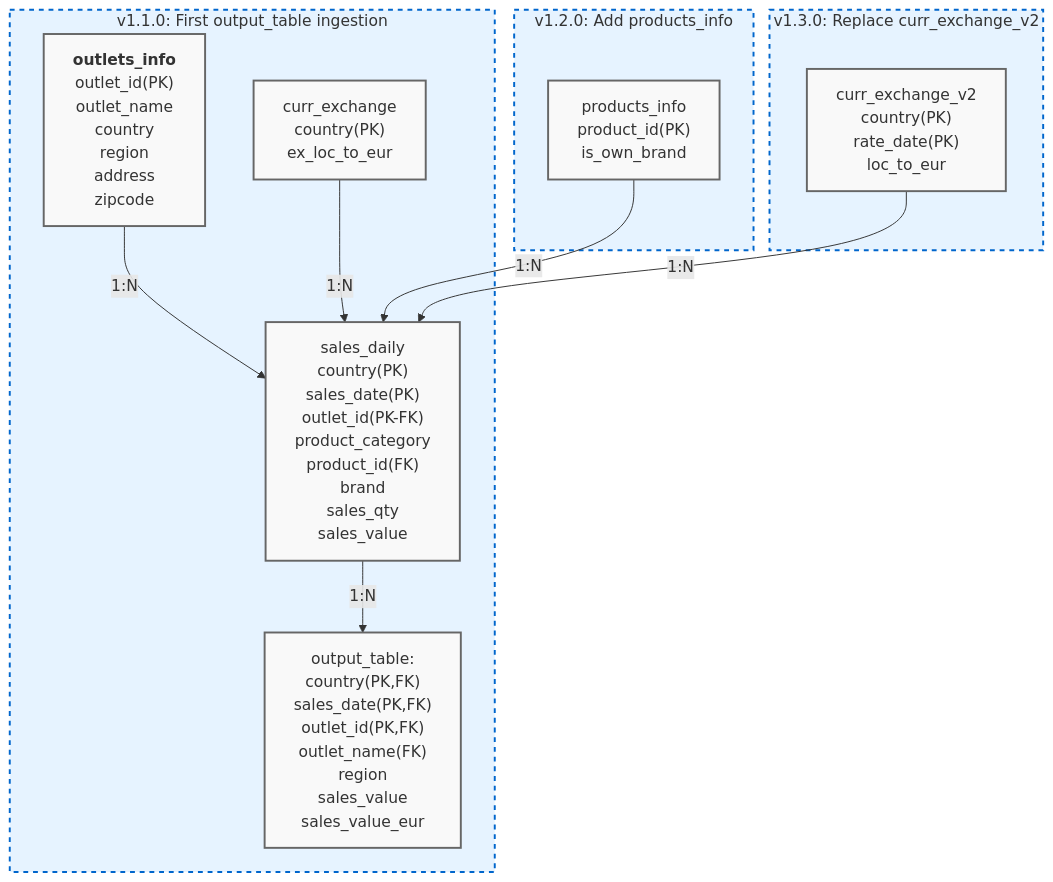
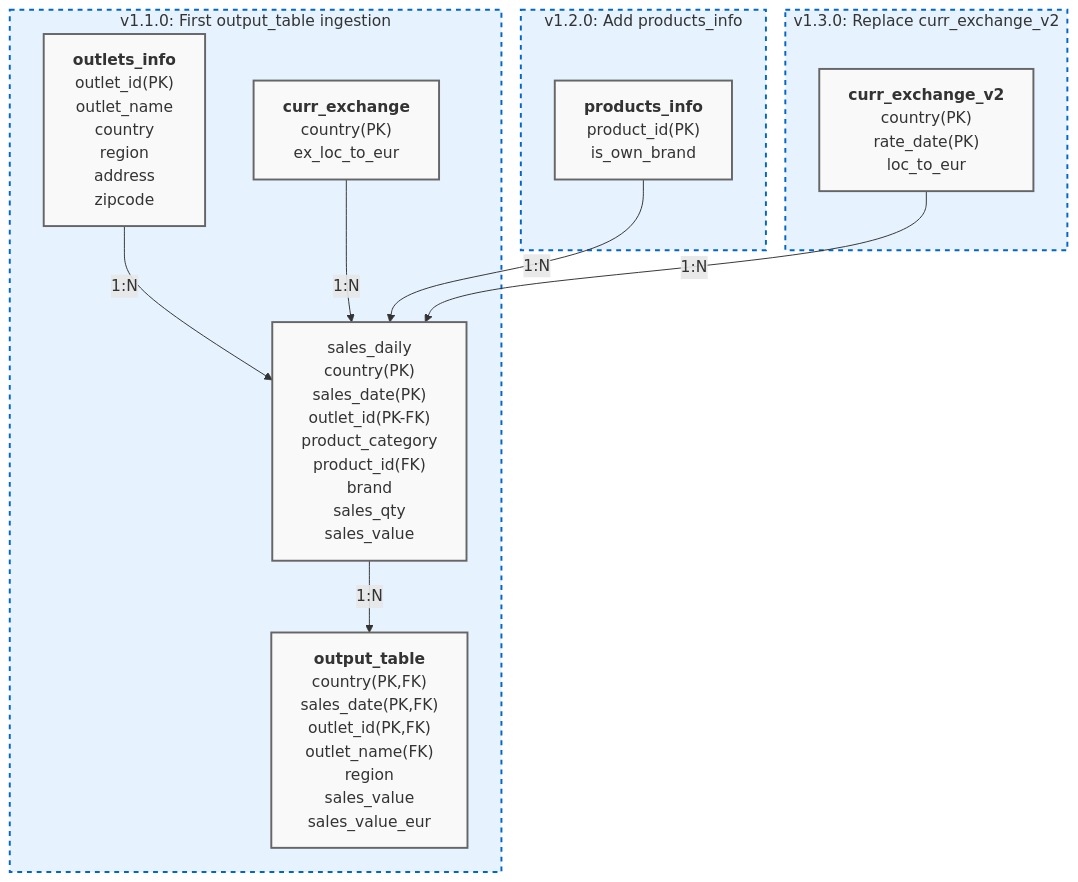
One commit to juanjoiie/Quality-Engineer-Test changed the diagram in test.md. Above: the diagram before and after it, drawn with Mermaid.

````diff
--- a/test.md
+++ b/test.md
@@ -4,61 +4,61 @@
 ```mermaid
 %% MermaidJS Diagram (renders in Markdown-compatible tools)
 flowchart TD
     %% ===== v1.1.0 =====
     subgraph v1_1_0["v1.1.0: First output_table ingestion"]
         outlets_info["<b>outlets_info</b>
                                     outlet_id(PK)
                                     outlet_name
                                     country
                                     region
                                     address
                                     zipcode"]
-        curr_exchange["curr_exchange
+        curr_exchange["<b>curr_exchange</b>
                                       country(PK)
                                       ex_loc_to_eur"]
         sales_daily["sales_daily
                                   country(PK)
                                   sales_date(PK)
                                   outlet_id(PK-FK)
                                   product_category
                                   product_id(FK)
                                   brand
                                   sales_qty
                                   sales_value"]
-        output_table["output_table:
+        output_table["<b>output_table</b>
                                     country(PK,FK)
                                     sales_date(PK,FK)
                                     outlet_id(PK,FK)
                                     outlet_name(FK)
                                     region
                                     sales_value
                                     sales_value_eur"]
 
         outlets_info -->|1:N| sales_daily
         curr_exchange -->|1:N| sales_daily
         sales_daily -->|1:N| output_table
     end
 
     %% ===== v1.2.0 =====
     subgraph v1_2_0["v1.2.0: Add products_info"]
-        products_info["products_info
+        products_info["<b>products_info</b>
                                       product_id(PK)
                                       is_own_brand"]
         products_info -->|1:N| sales_daily
     end
 
     %% ===== v1.3.0 =====
     subgraph v1_3_0["v1.3.0: Replace curr_exchange_v2"]
-        curr_exchange_v2["curr_exchange_v2
+        curr_exchange_v2["<b>curr_exchange_v2</b>
                                             country(PK)
                                             rate_date(PK)
                                             loc_to_eur"]
         curr_exchange_v2 -->|1:N| sales_daily
     end
 
     %% Styling
     classDef entity fill:#f9f9f9,stroke:#666,stroke-width:2px;
     classDef version fill:#e6f3ff,stroke:#0066cc,stroke-width:2px,stroke-dasharray:5;
     class outlets_info,curr_exchange,sales_daily,output_table,products_info,curr_exchange_v2 entity;
     class v1_1_0,v1_2_0,v1_3_0 version;
 ```
````
